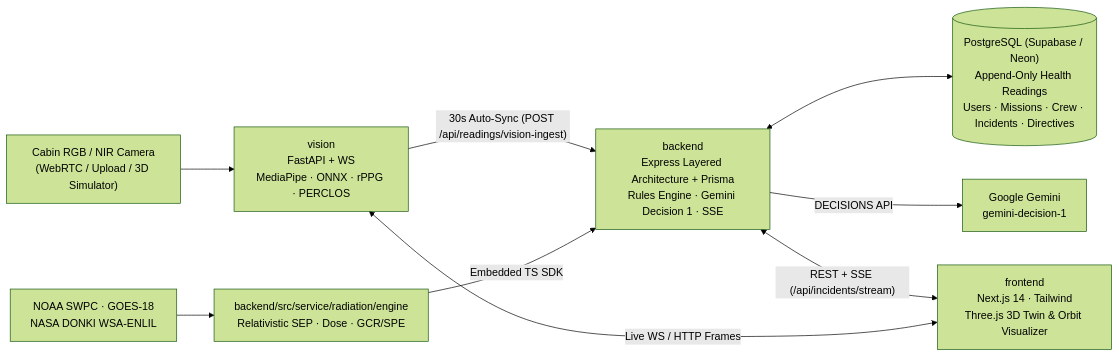
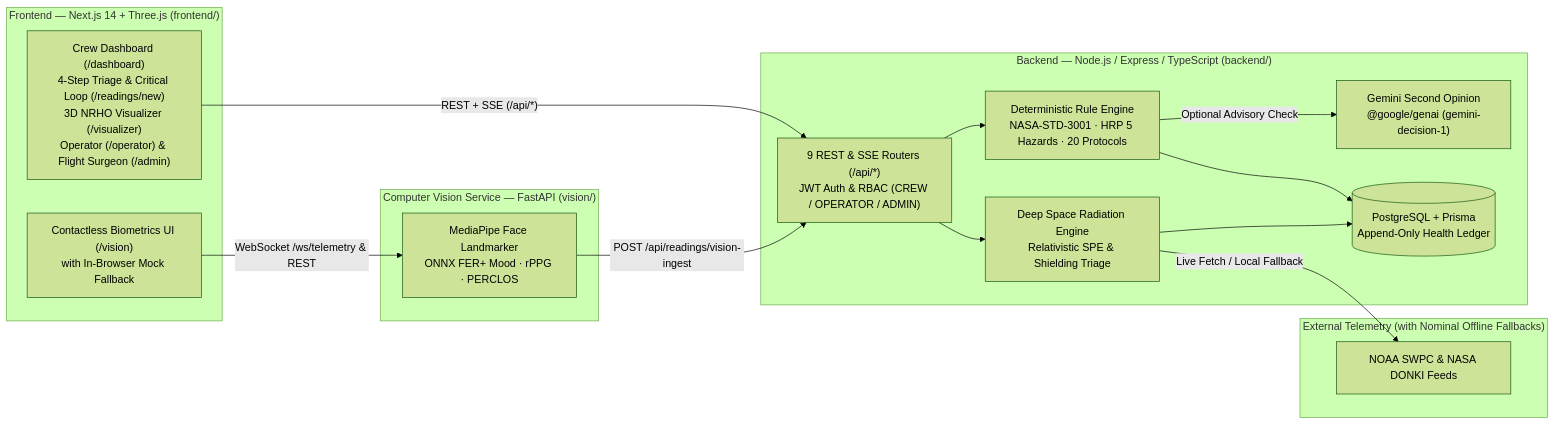
The diagram in README.md (OlmosMyCity/NSA2026), drawn with Mermaid (forest theme) before and after one commit. The commit also changed other lines of this file and 13 other files, not shown here.

Commit message:
chore: polish guided triage UX, final English i18n, CORS config, and Space Apps READMEs

````diff
--- a/README.md
+++ b/README.md
@@ -72,11 +48,33 @@
 ```mermaid
 flowchart LR
-    Cam["Cabin RGB / NIR Camera\n(WebRTC / Upload / 3D Simulator)"] --> Vision["vision\nFastAPI + WS\nMediaPipe · ONNX · rPPG · PERCLOS"]
-    NOAA["NOAA SWPC · GOES-18\nNASA DONKI WSA-ENLIL"] --> Rad["backend/src/service/radiation/engine\nRelativistic SEP · Dose · GCR/SPE"]
-    Vision -->|"30s Auto-Sync (POST /api/readings/vision-ingest)"| API
-    Rad -->|"Embedded TS SDK"| API["backend\nExpress Layered Architecture + Prisma\nRules Engine · Gemini Decision 1 · SSE"]
-    API <--> DB[("PostgreSQL (Supabase / Neon)\nAppend-Only Health Readings\nUsers · Missions · Crew · Incidents · Directives")]
-    API -->|"DECISIONS API"| Gemini["Google Gemini\ngemini-decision-1"]
-    API <-->|"REST + SSE (/api/incidents/stream)"| Web["frontend\nNext.js 14 · Tailwind\nThree.js 3D Twin & Orbit Visualizer"]
-    Web <-->|"Live WS / HTTP Frames"| Vision
+  subgraph Client["Frontend — Next.js 14 + Three.js (frontend/)"]
+    UI["Crew Dashboard (/dashboard)<br/>4-Step Triage & Critical Loop (/readings/new)<br/>3D NRHO Visualizer (/visualizer)<br/>Operator (/operator) & Flight Surgeon (/admin)"]
+    VisionUI["Contactless Biometrics UI (/vision)<br/>with In-Browser Mock Fallback"]
+  end
+
+  subgraph Vision["Computer Vision Service — FastAPI (vision/)"]
+    CV["MediaPipe Face Landmarker<br/>ONNX FER+ Mood · rPPG · PERCLOS"]
+  end
+
+  subgraph API["Backend — Node.js / Express / TypeScript (backend/)"]
+    Routes["9 REST & SSE Routers (/api/*)<br/>JWT Auth & RBAC (CREW / OPERATOR / ADMIN)"]
+    Rules["Deterministic Rule Engine<br/>NASA-STD-3001 · HRP 5 Hazards · 20 Protocols"]
+    Rad["Deep Space Radiation Engine<br/>Relativistic SPE & Shielding Triage"]
+    AI["Gemini Second Opinion<br/>@google/genai (gemini-decision-1)"]
+    DB[("PostgreSQL + Prisma<br/>Append-Only Health Ledger")]
+  end
+
+  subgraph External["External Telemetry (with Nominal Offline Fallbacks)"]
+    NOAA["NOAA SWPC & NASA DONKI Feeds"]
+  end
+
+  UI -->|"REST + SSE (/api/*)"| Routes
+  VisionUI -->|"WebSocket /ws/telemetry & REST"| CV
+  CV -->|"POST /api/readings/vision-ingest"| Routes
+  Routes --> Rules
+  Routes --> Rad
+  Rad -->|"Live Fetch / Local Fallback"| NOAA
+  Rules -->|"Optional Advisory Check"| AI
+  Rules --> DB
+  Rad --> DB
 ```
````
